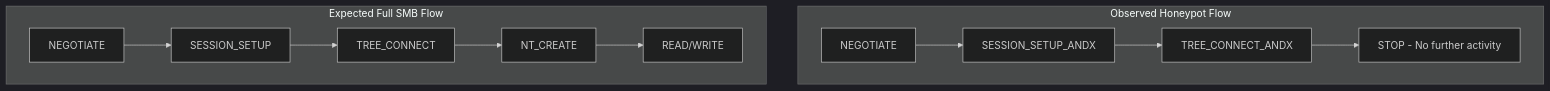
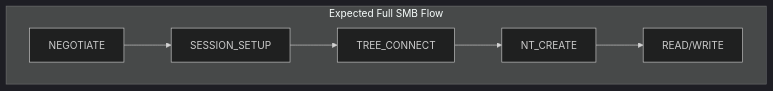
One commit to damixen/honeypot-elk-siem-lab changed the second of 2 diagrams in case-study/smb-traffic-spike-honeypot/phase4/README.md. Above: the diagram before and after it, drawn with Mermaid (dark theme).

Commit message:
Updated the mermaid flowchart
Separated to two diagrams for better ordering.
Added LR at top flowchart keyword to make it clear.
Added direction inside subgraph to make it LR flow.

````diff
--- a/case-study/smb-traffic-spike-honeypot/phase4/README.md
+++ b/case-study/smb-traffic-spike-honeypot/phase4/README.md
@@ -76,11 +84,7 @@
 ```mermaid
-flowchart
-
-subgraph Observed Honeypot Flow
-B1[NEGOTIATE] --> B2[SESSION_SETUP_ANDX] --> B3[TREE_CONNECT_ANDX] --> B4[STOP - No further activity]
-end
-
+flowchart LR
 subgraph Expected Full SMB Flow
+direction LR
 A1[NEGOTIATE] --> A2[SESSION_SETUP] --> A3[TREE_CONNECT] --> A4[NT_CREATE] --> A5[READ/WRITE]
 end
 ```
````
